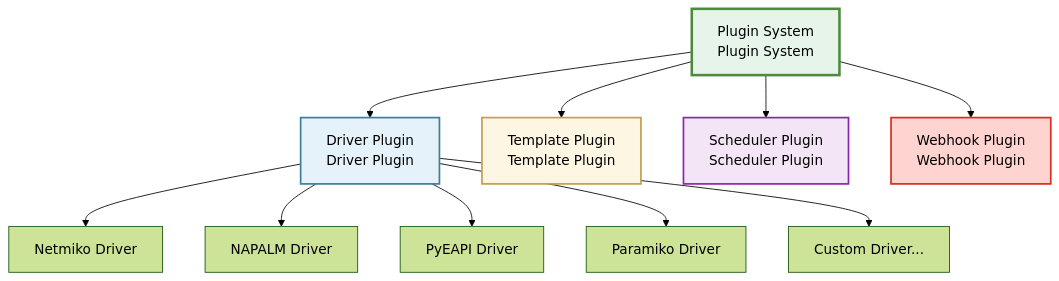
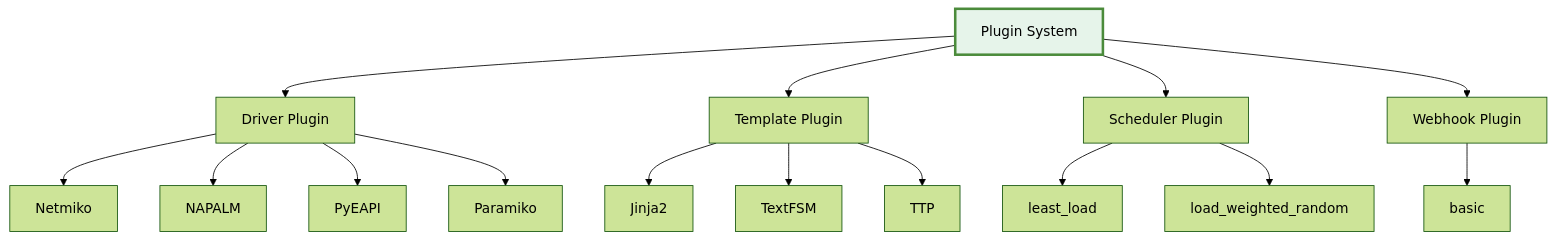
One commit to scitix/netpulse changed the diagram in docs/en/architecture/plugin-system.md. Above: the diagram before and after it, drawn with Mermaid (forest theme). The commit also changed other lines of this file and 58 other files, not shown here.

````diff
--- a/docs/en/architecture/plugin-system.md
+++ b/docs/en/architecture/plugin-system.md
@@ -14,21 +5,15 @@
 ```mermaid
 graph TB
-    Plugin[Plugin System<br/>Plugin System]
-    
-    Plugin --> Driver[Driver Plugin<br/>Driver Plugin]
-    Plugin --> Template[Template Plugin<br/>Template Plugin]
-    Plugin --> Scheduler[Scheduler Plugin<br/>Scheduler Plugin]
-    Plugin --> Webhook[Webhook Plugin<br/>Webhook Plugin]
-    
-    Driver --> Netmiko[Netmiko Driver]
-    Driver --> NAPALM[NAPALM Driver]
-    Driver --> PyEAPI[PyEAPI Driver]
-    Driver --> Paramiko[Paramiko Driver]
-    Driver --> Custom[Custom Driver...]
-    
+    Plugin[Plugin System]
+    Plugin --> Driver[Driver Plugin]
+    Plugin --> Template[Template Plugin]
+    Plugin --> Scheduler[Scheduler Plugin]
+    Plugin --> Webhook[Webhook Plugin]
+
+    Driver --> Netmiko & NAPALM & PyEAPI & Paramiko
+    Template --> Jinja2 & TextFSM & TTP
+    Scheduler --> least_load & load_weighted_random
+    Webhook --> basic
+
     style Plugin fill:#E6F4EA,stroke:#4B8B3B,stroke-width:3px
-    style Driver fill:#E6F2FA,stroke:#3D7E9A,stroke-width:2px
-    style Template fill:#FDF6E3,stroke:#C29F48,stroke-width:2px
-    style Scheduler fill:#F3E5F5,stroke:#8E24AA,stroke-width:2px
-    style Webhook fill:#FFD3D0,stroke:#D82C20,stroke-width:2px
 ```
````
